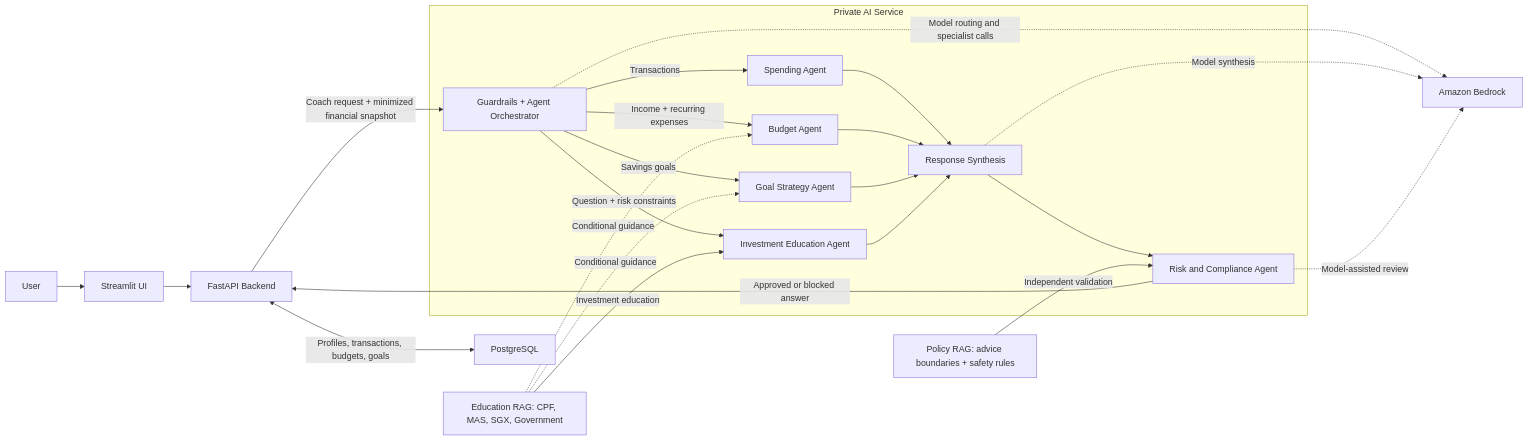
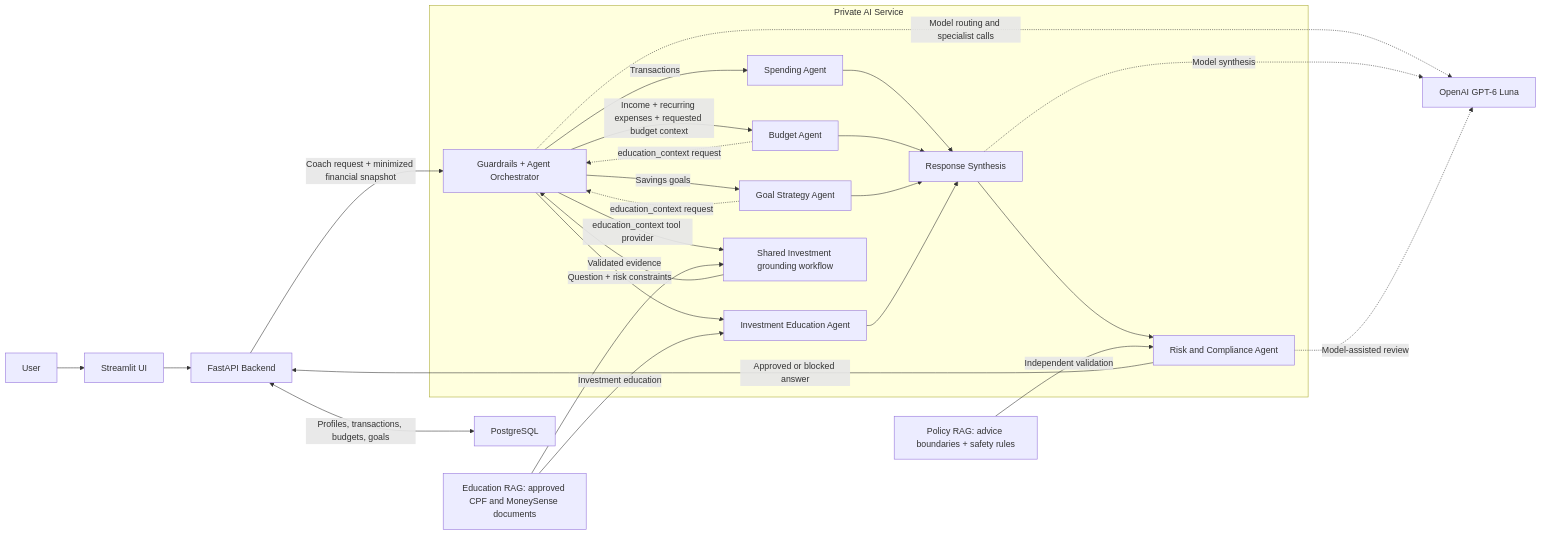
One commit to Seanleng99/nus-iss-ais-team9 changed the diagram in diagrams/financial-coach-logical.mmd. Above: the diagram before and after it, drawn with Mermaid. The commit also changed 107 other files, not shown here.

```diff
--- a/diagrams/financial-coach-logical.mmd
+++ b/diagrams/financial-coach-logical.mmd
@@ -1,35 +1,38 @@
-graph LR
+flowchart LR
   User["User"] --> UI["Streamlit UI"]
   UI --> Backend["FastAPI Backend"]
   Backend <-->|"Profiles, transactions, budgets, goals"| PG["PostgreSQL"]
 
   subgraph AI["Private AI Service"]
     Orchestrator["Guardrails + Agent Orchestrator"]
     Spending["Spending Agent"]
     Budget["Budget Agent"]
     Goal["Goal Strategy Agent"]
     Invest["Investment Education Agent"]
     Synthesis["Response Synthesis"]
     Compliance["Risk and Compliance Agent"]
 
     Orchestrator -->|"Transactions"| Spending
-    Orchestrator -->|"Income + recurring expenses"| Budget
+    Orchestrator -->|"Income + recurring expenses + requested budget context"| Budget
     Orchestrator -->|"Savings goals"| Goal
     Orchestrator -->|"Question + risk constraints"| Invest
+    Budget -. "education_context request" .-> Orchestrator
+    Goal -. "education_context request" .-> Orchestrator
+    Orchestrator -->|"education_context tool provider"| EducationGrounding["Shared Investment grounding workflow"]
+    EducationGrounding -->|"Validated evidence"| Orchestrator
     Spending --> Synthesis
     Budget --> Synthesis
     Goal --> Synthesis
     Invest --> Synthesis
     Synthesis --> Compliance
   end
 
   Backend -->|"Coach request + minimized financial snapshot"| Orchestrator
-  EducationRAG["Education RAG: CPF, MAS, SGX, Government"] -->|"Investment education"| Invest
-  EducationRAG -. "Conditional guidance" .-> Budget
-  EducationRAG -. "Conditional guidance" .-> Goal
+  EducationRAG["Education RAG: approved CPF and MoneySense documents"] -->|"Investment education"| Invest
+  EducationRAG --> EducationGrounding
   PolicyRAG["Policy RAG: advice boundaries + safety rules"] -->|"Independent validation"| Compliance
   Compliance -->|"Approved or blocked answer"| Backend
 
-  Orchestrator -. "Model routing and specialist calls" .-> Bedrock["Amazon Bedrock"]
-  Synthesis -. "Model synthesis" .-> Bedrock
-  Compliance -. "Model-assisted review" .-> Bedrock
+  Orchestrator -. "Model routing and specialist calls" .-> OpenAI["OpenAI GPT-6 Luna"]
+  Synthesis -. "Model synthesis" .-> OpenAI
+  Compliance -. "Model-assisted review" .-> OpenAI
```
